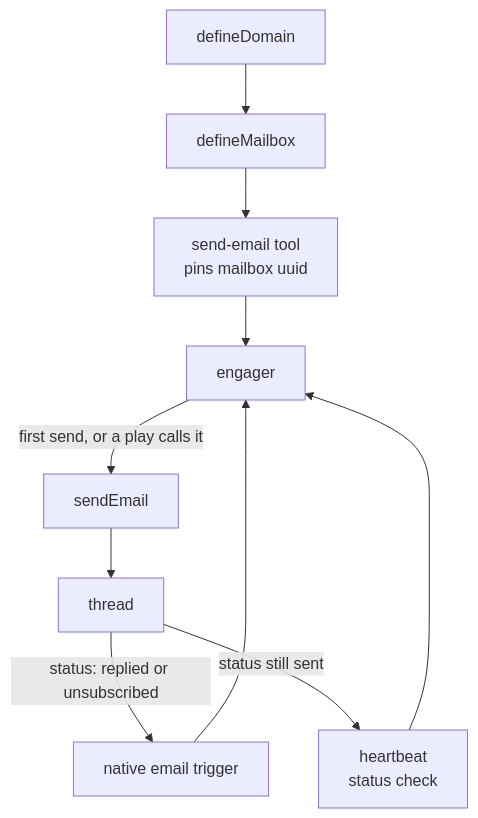
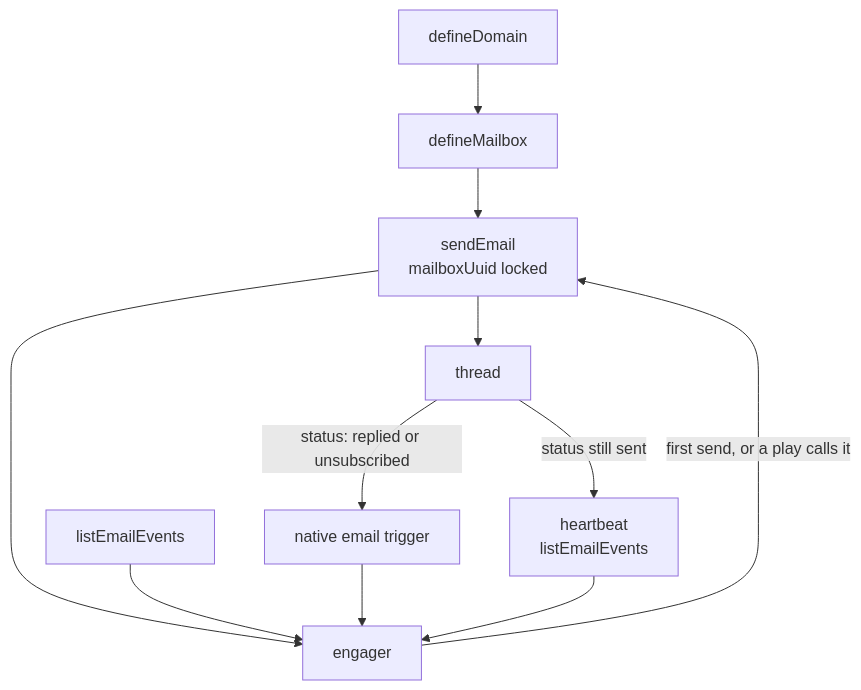
One commit to getcargohq/gtm-skills changed the diagram in agentic-engagement/README.md. Above: the diagram before and after it, drawn with Mermaid. The commit also changed other lines of this file and 10 other files, not shown here.

First line of the commit message:
Give the engager native sendEmail and listEmailEvents (#27)

````diff
--- a/agentic-engagement/README.md
+++ b/agentic-engagement/README.md
@@ -25,12 +29,13 @@
 ```mermaid
 flowchart TD
     domain["defineDomain"] --> mailbox["defineMailbox"]
-    mailbox --> tool["send-email tool<br/>pins mailbox uuid"]
-    tool --> agent["engager"]
-    agent -->|"first send, or a play calls it"| send["sendEmail"]
+    mailbox --> send["sendEmail<br/>mailboxUuid locked"]
+    send --> agent["engager"]
+    list["listEmailEvents"] --> agent
+    agent -->|"first send, or a play calls it"| send
     send --> thread["thread"]
     thread -->|"status: replied or unsubscribed"| trigger["native email trigger"]
     trigger --> agent
-    thread -->|"status still sent"| beat["heartbeat<br/>status check"]
+    thread -->|"status still sent"| beat["heartbeat<br/>listEmailEvents"]
     beat --> agent
 ```
````
